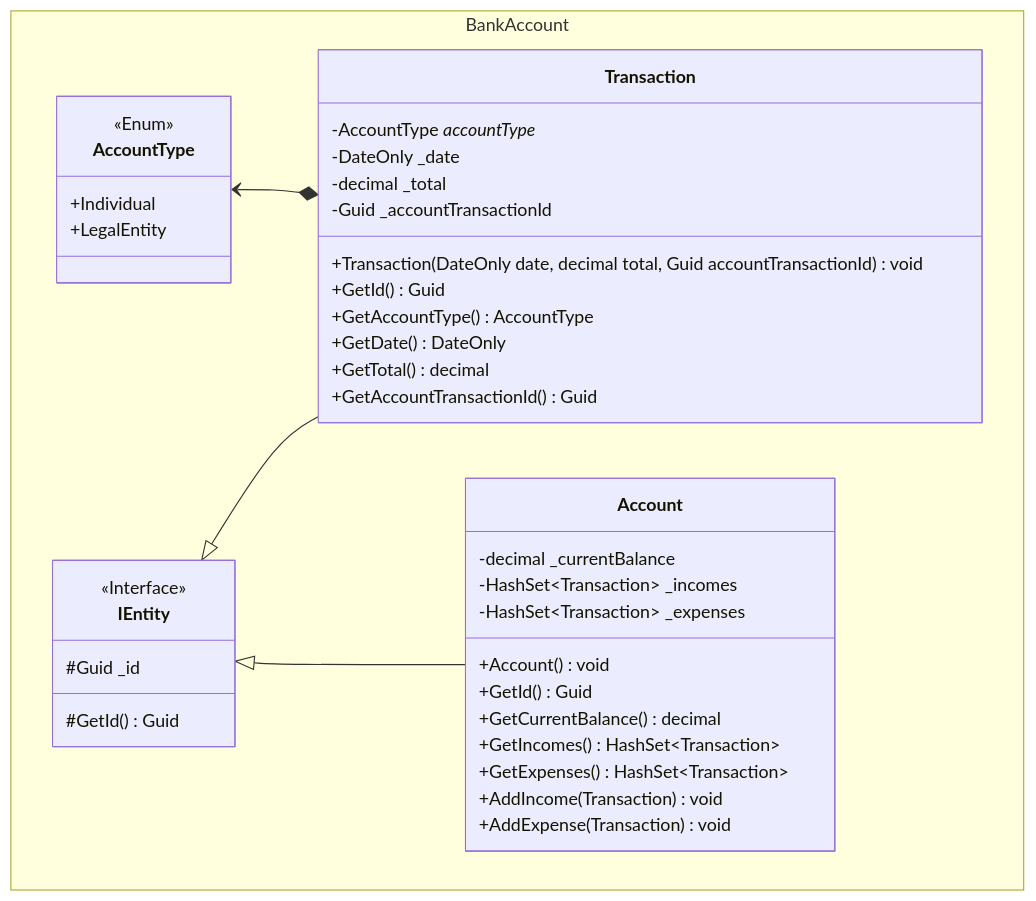
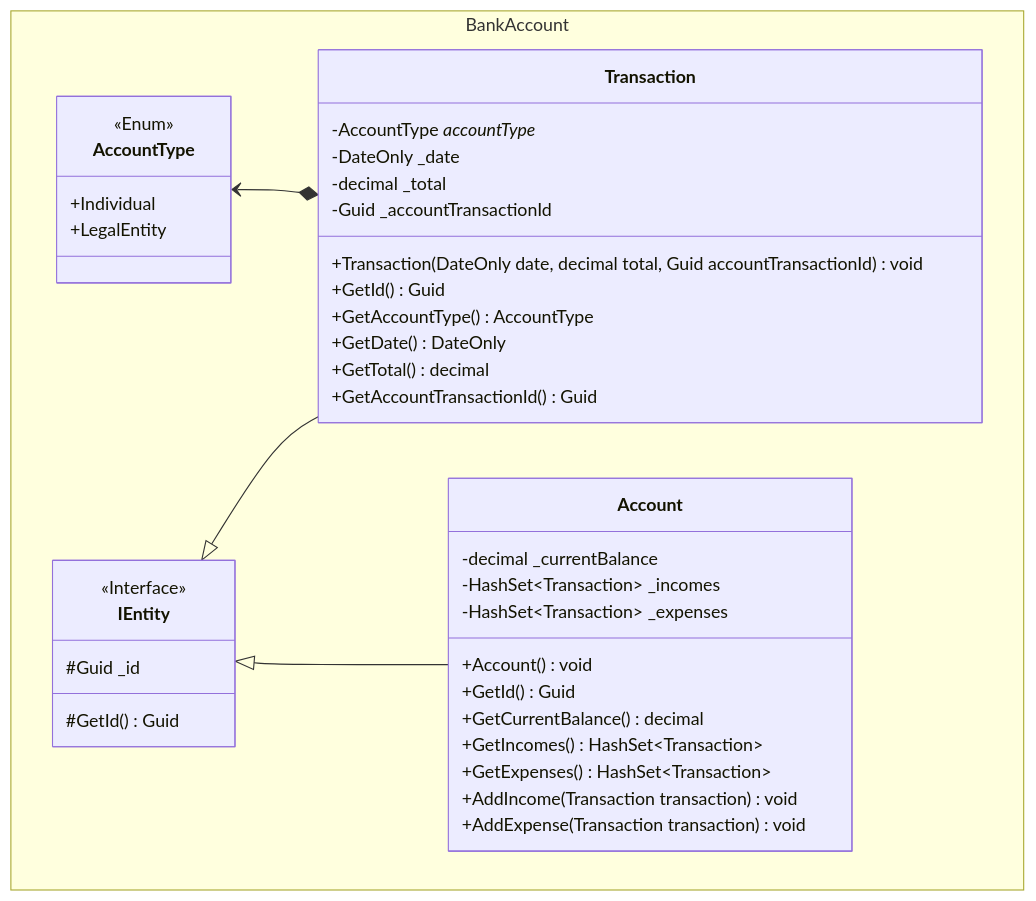
Before and after one commit to normalman101/Business-BS: the first of 2 diagrams in README.md, drawn with Mermaid. The commit also changed other lines of this file, not shown here.

````diff
--- a/README.md
+++ b/README.md
@@ -1,45 +1,45 @@
 ```mermaid
 classDiagram
     namespace BankAccount {
         class IEntity {
             <<Interface>>
             #Guid _id
             #GetId() Guid
         }
 
         class AccountType {
             <<Enum>>
             +Individual
             +LegalEntity
         }
 
         class Transaction {
             -AccountType _accountType_
             -DateOnly _date
             -decimal _total
             -Guid _accountTransactionId
             +Transaction(DateOnly date, decimal total, Guid accountTransactionId) void
             +GetId() Guid
             +GetAccountType() AccountType
             +GetDate() DateOnly
             +GetTotal() decimal
             +GetAccountTransactionId() Guid
         }
 
         class Account {
             -decimal _currentBalance
             -HashSet~Transaction~ _incomes
             -HashSet~Transaction~ _expenses
             +Account() void
             +GetId() Guid
             +GetCurrentBalance() decimal
             +GetIncomes() HashSet~Transaction~
             +GetExpenses() HashSet~Transaction~
-            +AddIncome(Transaction) void
-            +AddExpense(Transaction) void
+            +AddIncome(Transaction transaction) void
+            +AddExpense(Transaction transaction) void
         }
     }
     AccountType <--* Transaction
     IEntity <|-- Transaction
     IEntity <|-- Account
 ```
````
